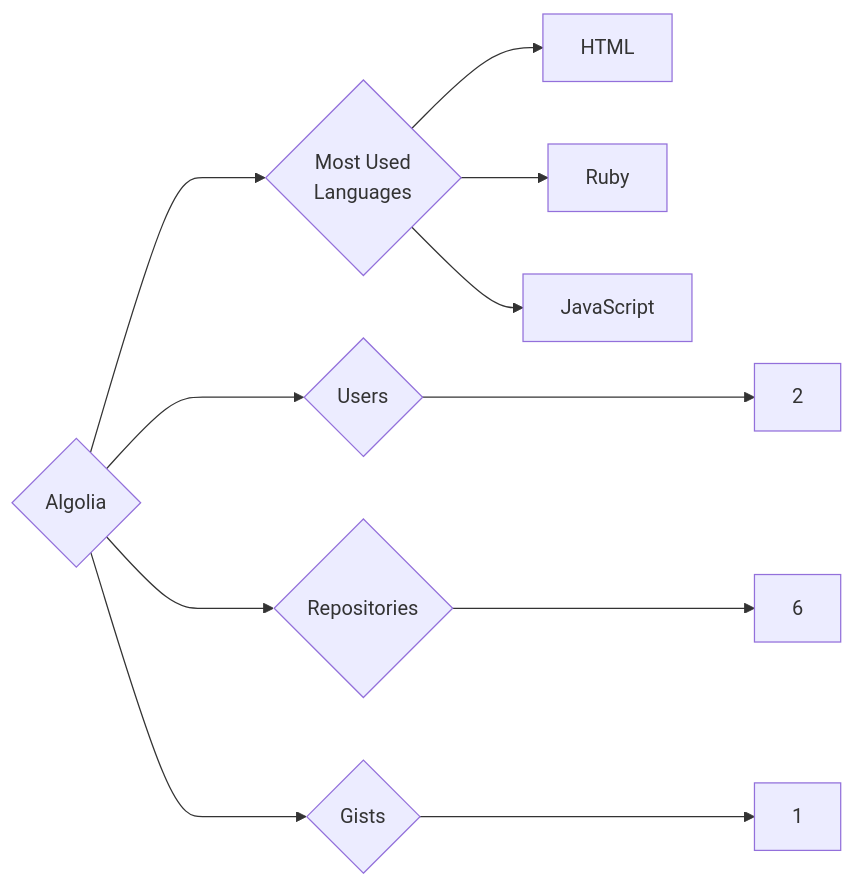
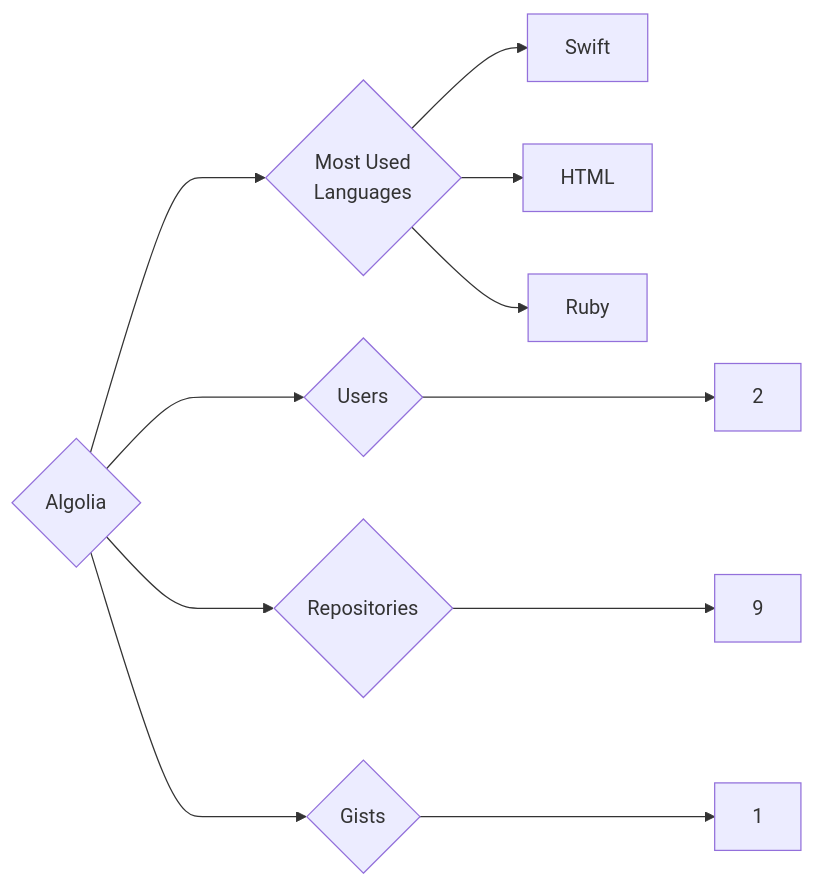
Before and after one commit to trickest/insiders: the diagram in targets/Algolia/README.md, drawn with Mermaid. The commit also changed 1088 other files, not shown here.

````diff
--- a/targets/Algolia/README.md
+++ b/targets/Algolia/README.md
@@ -3,11 +3,11 @@
 ```mermaid
 graph LR
 COMPANY_NAME{Algolia}
 COMPANY_NAME ---> U{Users} ---> UN[2]
-COMPANY_NAME ---> R{Repositories} ---> RN[6]
+COMPANY_NAME ---> R{Repositories} ---> RN[9]
 COMPANY_NAME ---> G{Gists} ---> GN[1]
 COMPANY_NAME ---> ML{Most Used<br>Languages}
+ML --> Swift[Swift]
 ML --> HTML[HTML]
 ML --> Ruby[Ruby]
-ML --> JavaScript[JavaScript]
 ```
````
